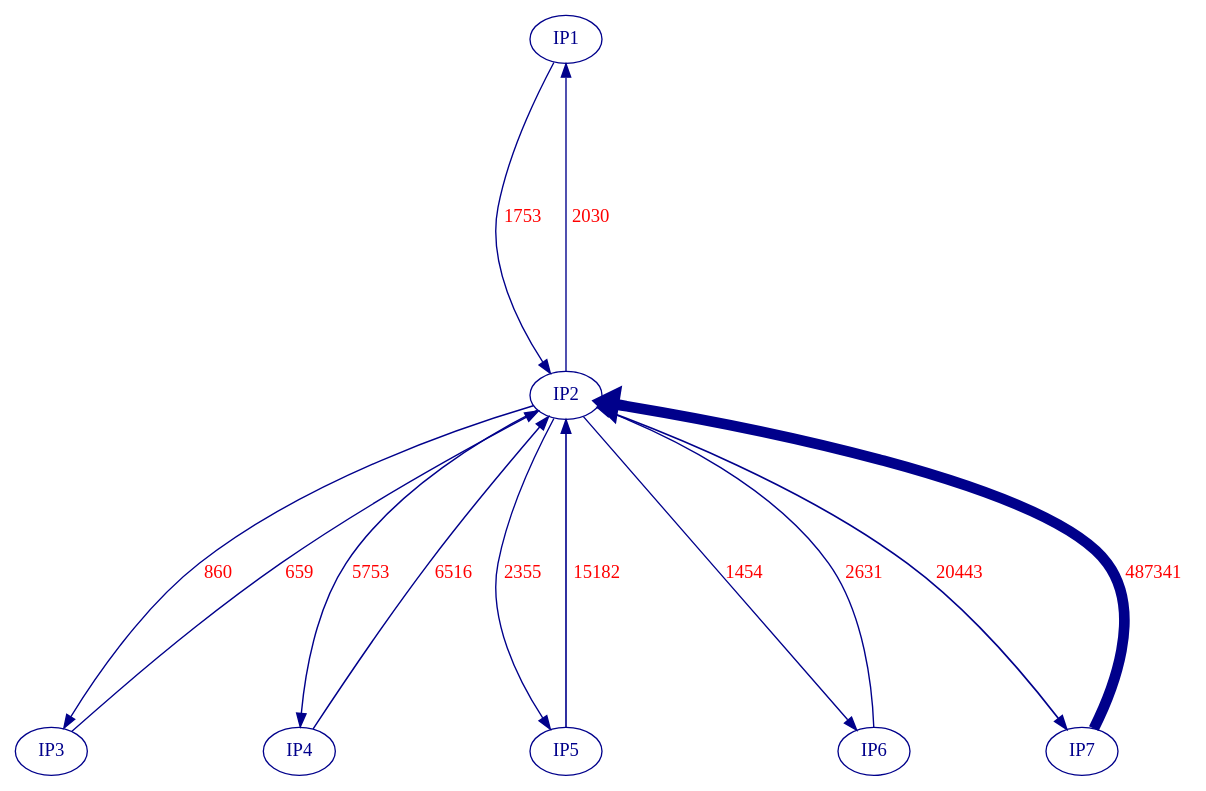
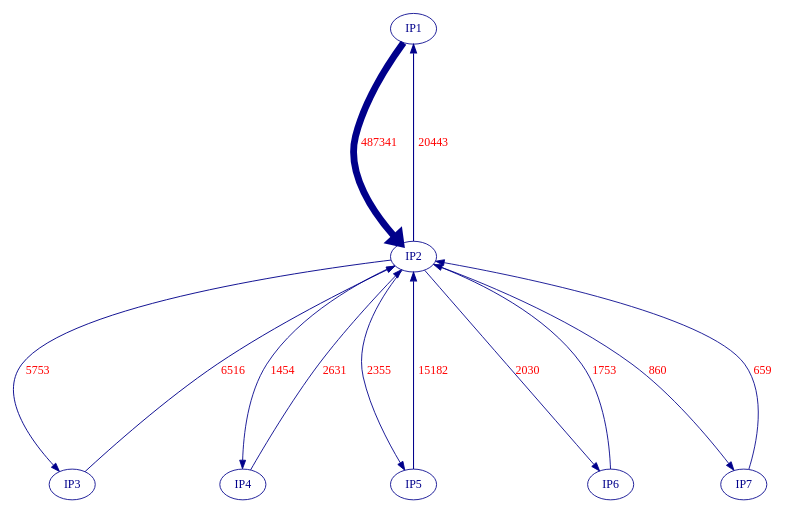
The diagram in conversations/ip_conversation_dot.gv (Alfredo-Vargas/nap), drawn with Graphviz before and after one commit. The commit also changed 18 other files, not shown here.

```diff
--- a/conversations/ip_conversation_dot.gv
+++ b/conversations/ip_conversation_dot.gv
@@ -1,23 +1,23 @@
 // IP Conversations dot engine
 digraph {
-	graph [nodesep=0.8 ranksep=3]
-	"34.117.237.239" [label=IP1 color=darkblue fontcolor=darkblue]
+	graph [nodesep=0.8 ranksep=3 size="8!"]
+	"104.23.98.190" [label=IP1 color=darkblue fontcolor=darkblue]
 	"10.138.38.223" [label=IP2 color=darkblue fontcolor=darkblue]
-	"104.23.99.190" [label=IP3 color=darkblue fontcolor=darkblue]
-	"5.135.182.68" [label=IP4 color=darkblue fontcolor=darkblue]
+	"5.135.182.68" [label=IP3 color=darkblue fontcolor=darkblue]
+	"10.139.1.1" [label=IP4 color=darkblue fontcolor=darkblue]
 	"185.199.108.153" [label=IP5 color=darkblue fontcolor=darkblue]
-	"10.139.1.1" [label=IP6 color=darkblue fontcolor=darkblue]
-	"104.23.98.190" [label=IP7 color=darkblue fontcolor=darkblue]
-	"185.199.108.153" -> "10.138.38.223" [label=15182 color=darkblue fontcolor=red labeldistance=0 penwidth=1.2180690727847647]
-	"5.135.182.68" -> "10.138.38.223" [label=6516 color=darkblue fontcolor=red labeldistance=0 penwidth=1.0935936028366176]
-	"104.23.99.190" -> "10.138.38.223" [label=659 color=darkblue fontcolor=red labeldistance=0 penwidth=1.009465651361162]
-	"104.23.98.190" -> "10.138.38.223" [label=487341 color=darkblue fontcolor=red labeldistance=0 penwidth=8.0]
-	"10.138.38.223" -> "34.117.237.239" [label=2030 color=darkblue fontcolor=red labeldistance=0 penwidth=1.0291582280169327]
-	"10.138.38.223" -> "104.23.98.190" [label=20443 color=darkblue fontcolor=red labeldistance=0 penwidth=1.2936362834237218]
+	"34.117.237.239" [label=IP6 color=darkblue fontcolor=darkblue]
+	"104.23.99.190" [label=IP7 color=darkblue fontcolor=darkblue]
 	"10.138.38.223" -> "185.199.108.153" [label=2355 color=darkblue fontcolor=red labeldistance=0 penwidth=1.0338264172314662]
 	"10.139.1.1" -> "10.138.38.223" [label=2631 color=darkblue fontcolor=red labeldistance=0 penwidth=1.0377907871490393]
-	"10.138.38.223" -> "10.139.1.1" [label=1454 color=darkblue fontcolor=red labeldistance=0 penwidth=1.020884760362867]
+	"104.23.98.190" -> "10.138.38.223" [label=487341 color=darkblue fontcolor=red labeldistance=0 penwidth=8.0]
+	"104.23.99.190" -> "10.138.38.223" [label=659 color=darkblue fontcolor=red labeldistance=0 penwidth=1.009465651361162]
+	"185.199.108.153" -> "10.138.38.223" [label=15182 color=darkblue fontcolor=red labeldistance=0 penwidth=1.2180690727847647]
 	"34.117.237.239" -> "10.138.38.223" [label=1753 color=darkblue fontcolor=red labeldistance=0 penwidth=1.025179494440238]
 	"10.138.38.223" -> "5.135.182.68" [label=5753 color=darkblue fontcolor=red labeldistance=0 penwidth=1.0826341309268048]
+	"10.138.38.223" -> "34.117.237.239" [label=2030 color=darkblue fontcolor=red labeldistance=0 penwidth=1.0291582280169327]
+	"5.135.182.68" -> "10.138.38.223" [label=6516 color=darkblue fontcolor=red labeldistance=0 penwidth=1.0935936028366176]
+	"10.138.38.223" -> "104.23.98.190" [label=20443 color=darkblue fontcolor=red labeldistance=0 penwidth=1.2936362834237218]
+	"10.138.38.223" -> "10.139.1.1" [label=1454 color=darkblue fontcolor=red labeldistance=0 penwidth=1.020884760362867]
 	"10.138.38.223" -> "104.23.99.190" [label=860 color=darkblue fontcolor=red labeldistance=0 penwidth=1.0123527468446119]
 }
```
